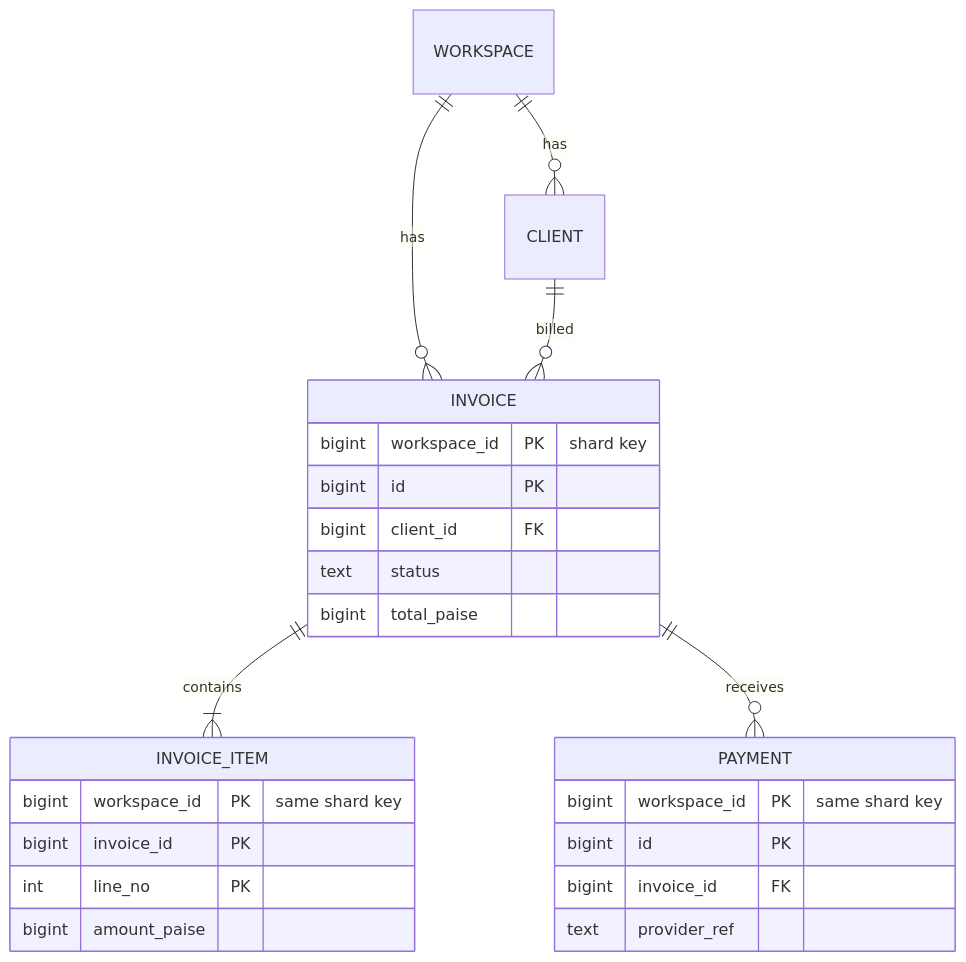
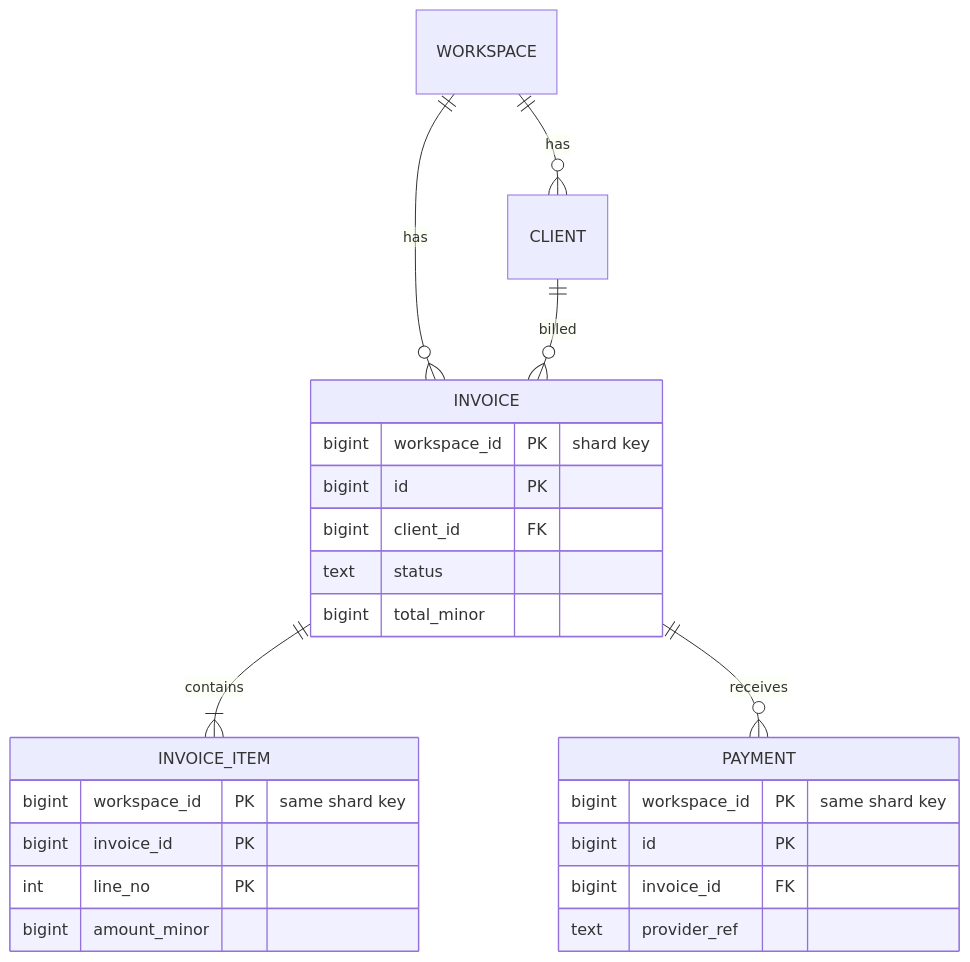
One commit to PriyanshuMidha/System_Design_notes changed the third of 4 diagrams in 07 Databases/Partitioning and Sharding.md. Above: the diagram before and after it, drawn with Mermaid. The commit also changed other lines of this file and 250 other files, not shown here.

````diff
--- a/07 Databases/Partitioning and Sharding.md
+++ b/07 Databases/Partitioning and Sharding.md
@@ -220,27 +226,27 @@
 ```mermaid
 erDiagram
     WORKSPACE ||--o{ CLIENT : has
     WORKSPACE ||--o{ INVOICE : has
     CLIENT ||--o{ INVOICE : billed
     INVOICE ||--|{ INVOICE_ITEM : contains
     INVOICE ||--o{ PAYMENT : receives
     INVOICE {
         bigint workspace_id PK "shard key"
         bigint id PK
         bigint client_id FK
         text status
-        bigint total_paise
+        bigint total_minor
     }
     INVOICE_ITEM {
         bigint workspace_id PK "same shard key"
         bigint invoice_id PK
         int line_no PK
-        bigint amount_paise
+        bigint amount_minor
     }
     PAYMENT {
         bigint workspace_id PK "same shard key"
         bigint id PK
         bigint invoice_id FK
         text provider_ref
     }
 ```
````
